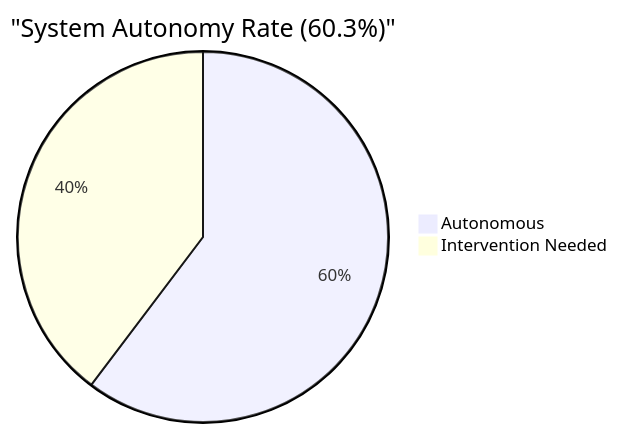
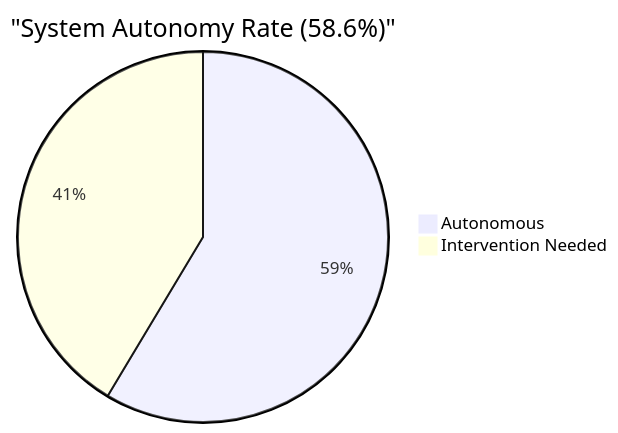
Before and after one commit to centervil/roocode-factory: the third of 4 diagrams in docs/dashboard.md, drawn with Mermaid. The commit also changed other lines of this file and 10 other files, not shown here.

````diff
--- a/docs/dashboard.md
+++ b/docs/dashboard.md
@@ -24,5 +24,5 @@
 ```mermaid
-pie title "System Autonomy Rate (60.3%)"
-    "Autonomous" : 60.3
-    "Intervention Needed" : 39.7
+pie title "System Autonomy Rate (58.6%)"
+    "Autonomous" : 58.6
+    "Intervention Needed" : 41.4
 ```
````
